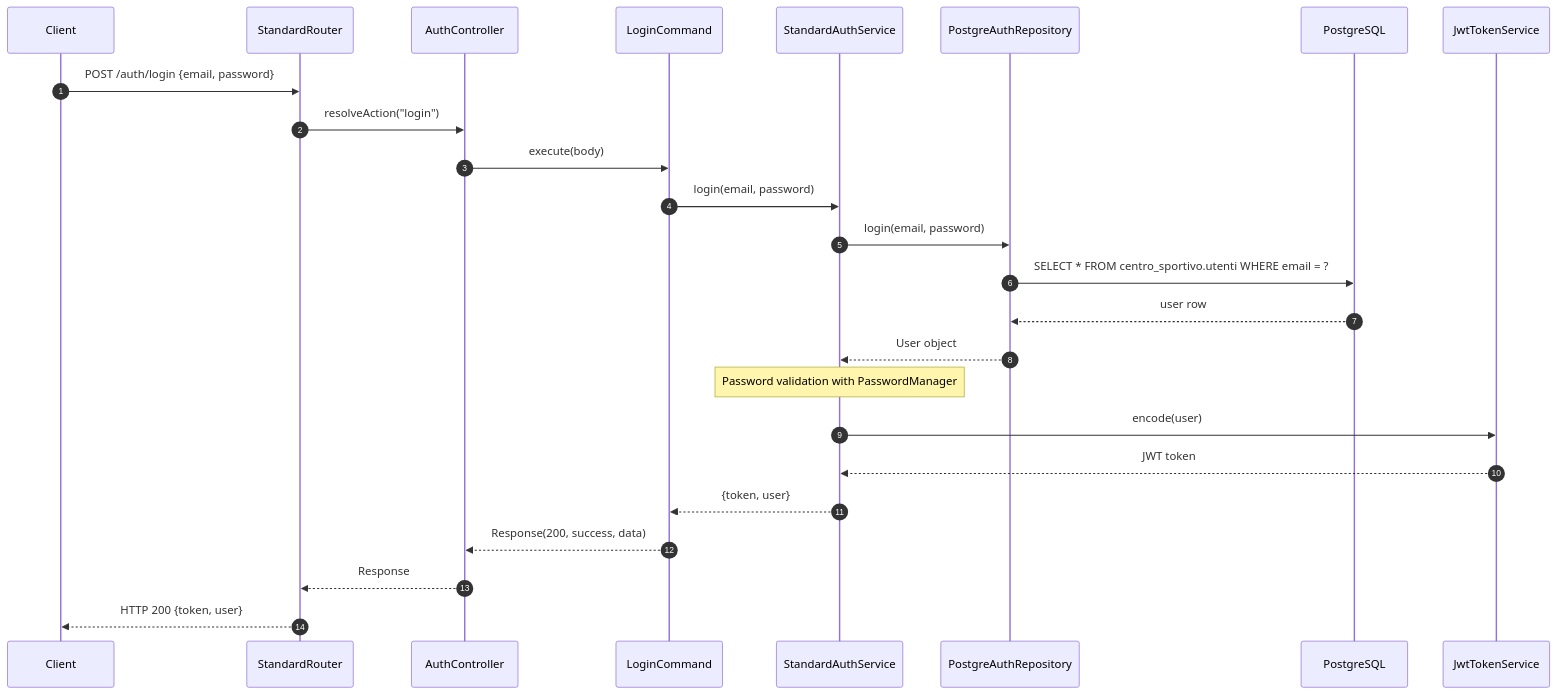
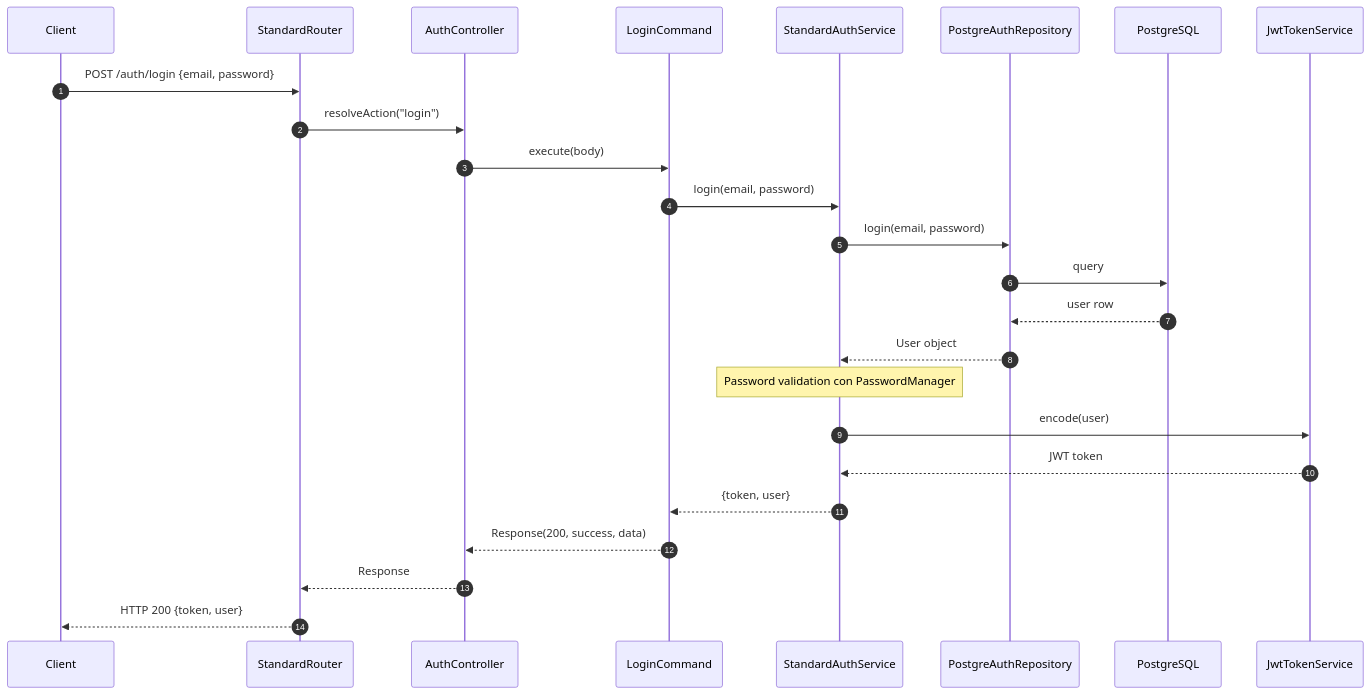
Before and after one commit to mb4dev/progetto-prova: the second of 3 diagrams in consegna docu/moduli/auth/backend/design.md, drawn with Mermaid. The commit also changed other lines of this file and 14 other files, not shown here.

````diff
--- a/consegna docu/moduli/auth/backend/design.md
+++ b/consegna docu/moduli/auth/backend/design.md
@@ -110,32 +96,32 @@
 ```mermaid
 sequenceDiagram
     autonumber
     participant Client
     participant Router as StandardRouter
     participant Controller as AuthController
     participant Command as LoginCommand
     participant Service as StandardAuthService
     participant Repo as PostgreAuthRepository
     participant DB as PostgreSQL
     participant JWT as JwtTokenService
 
     Client ->> Router: POST /auth/login {email, password}
     Router ->> Controller: resolveAction("login")
     Controller ->> Command: execute(body)
 
     Command ->> Service: login(email, password)
     Service ->> Repo: login(email, password)
-    Repo ->> DB: SELECT * FROM centro_sportivo.utenti WHERE email = ?
+    Repo ->> DB: query
     DB -->> Repo: user row
     Repo -->> Service: User object
 
-    Note over Service: Password validation with PasswordManager
+    Note over Service: Password validation con PasswordManager
 
     Service ->> JWT: encode(user)
     JWT -->> Service: JWT token
 
     Service -->> Command: {token, user}
     Command -->> Controller: Response(200, success, data)
     Controller -->> Router: Response
     Router -->> Client: HTTP 200 {token, user}
 ```
````
